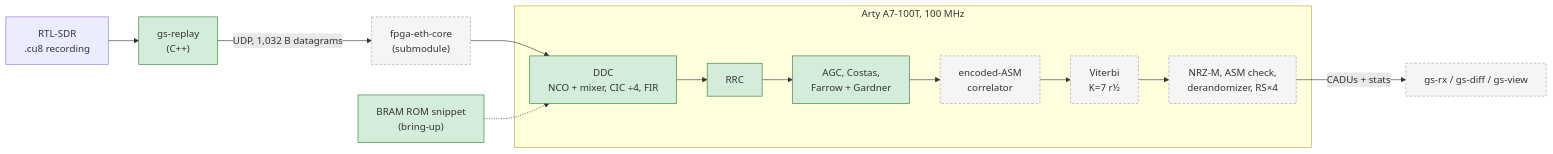
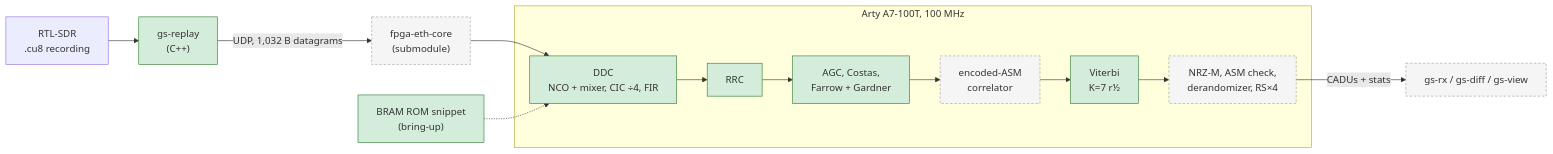
One commit to RodeanAzari/ccsds-meteor-lrpt-receiver changed the diagram in README.md. Above: the diagram before and after it, drawn with Mermaid. The commit also changed other lines of this file and 4 other files, not shown here.

Commit message:
docs: Viterbi RTL in README (section, results, planted bugs, diagram), design, progress, CLAUDE status, log

````diff
--- a/README.md
+++ b/README.md
@@ -80,19 +80,19 @@
 ```mermaid
 flowchart LR
     SDR["RTL-SDR<br/>.cu8 recording"] --> GSR["gs-replay<br/>(C++)"]
     GSR -- "UDP, 1,032 B datagrams" --> ETH["fpga-eth-core<br/>(submodule)"]
     ETH --> DDC
     ROM["BRAM ROM snippet<br/>(bring-up)"] -.-> DDC
     subgraph FPGA ["Arty A7-100T, 100 MHz"]
         DDC["DDC<br/>NCO + mixer, CIC ÷4, FIR"] --> RRC["RRC"]
         RRC --> SYNC["AGC, Costas,<br/>Farrow + Gardner"]
         SYNC --> FS["encoded-ASM<br/>correlator"]
         FS --> VIT["Viterbi<br/>K=7 r½"]
         VIT --> BACK["NRZ-M, ASM check,<br/>derandomizer, RS×4"]
     end
     BACK -- "CADUs + stats" --> GS["gs-rx / gs-diff / gs-view"]
     classDef done fill:#d4edda,stroke:#2e7d32;
     classDef todo fill:#f5f5f5,stroke:#9e9e9e,stroke-dasharray: 4 3;
-    class DDC,GSR,ROM,RRC,SYNC done;
-    class ETH,FS,VIT,BACK,GS todo;
+    class DDC,GSR,ROM,RRC,SYNC,VIT done;
+    class ETH,FS,BACK,GS todo;
 ```
````
